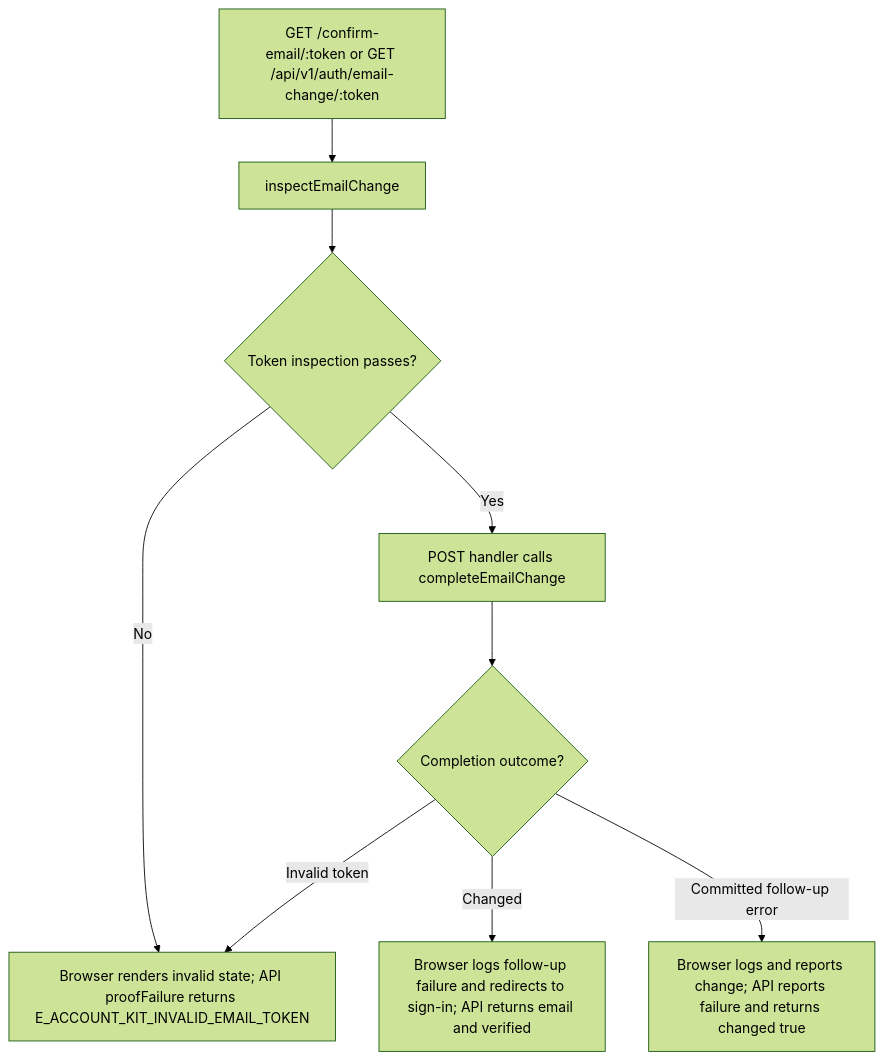
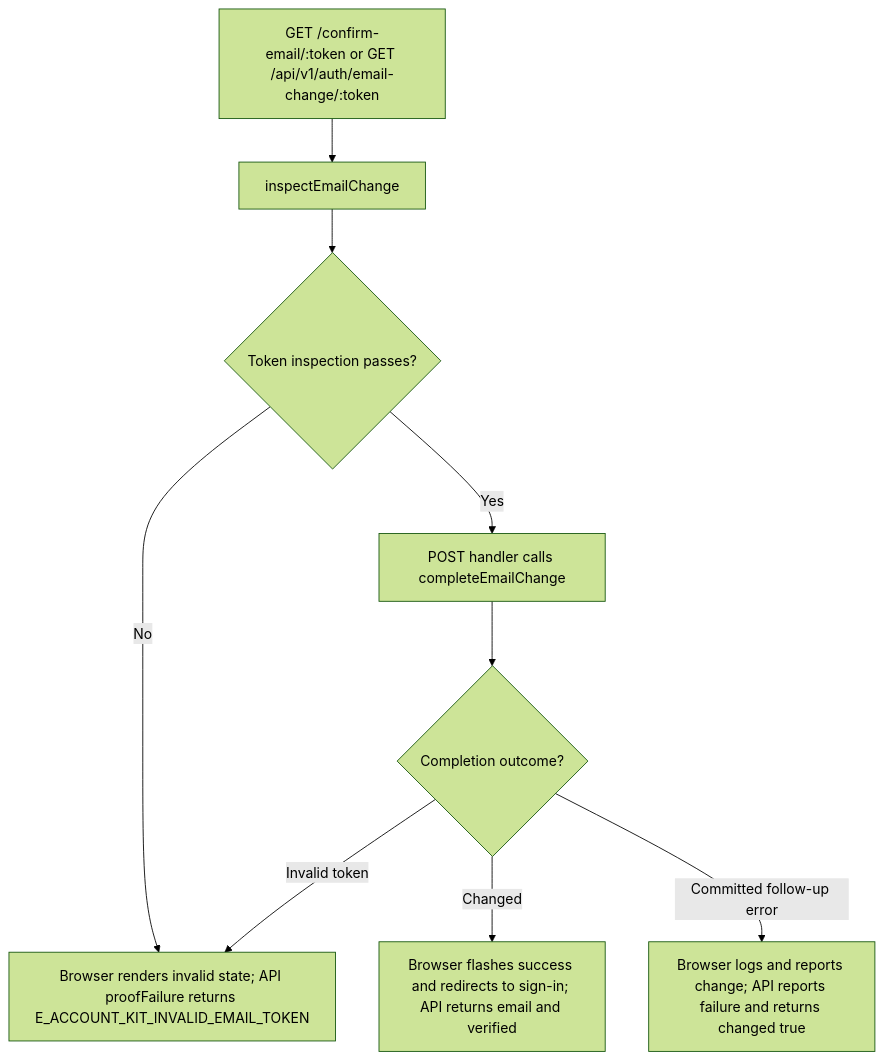
The second of 2 diagrams in user-stories/accounts/us-account-07-confirm-email-change.md (Kevinjohn/oss-adonisjs-starter-examples), drawn with Mermaid (forest theme) before and after one commit. The commit also changed other lines of this file and 11 other files, not shown here.

````diff
--- a/user-stories/accounts/us-account-07-confirm-email-change.md
+++ b/user-stories/accounts/us-account-07-confirm-email-change.md
@@ -35,11 +37,11 @@
 ```mermaid
 flowchart TD
     A["GET /confirm-email/:token or GET /api/v1/auth/email-change/:token"] --> B["inspectEmailChange"]
     B --> C{"Token inspection passes?"}
     C -->|No| D["Browser renders invalid state; API proofFailure returns E_ACCOUNT_KIT_INVALID_EMAIL_TOKEN"]
     C -->|Yes| E["POST handler calls completeEmailChange"]
     E --> F{"Completion outcome?"}
     F -->|Invalid token| D
-    F -->|Changed| G["Browser logs follow-up failure and redirects to sign-in; API returns email and verified"]
+    F -->|Changed| G["Browser flashes success and redirects to sign-in; API returns email and verified"]
     F -->|Committed follow-up error| H["Browser logs and reports change; API reports failure and returns changed true"]
 ```
````
